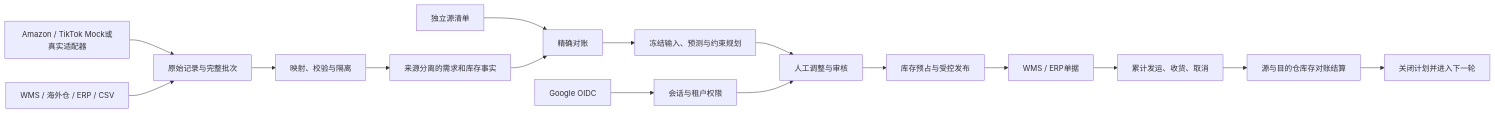
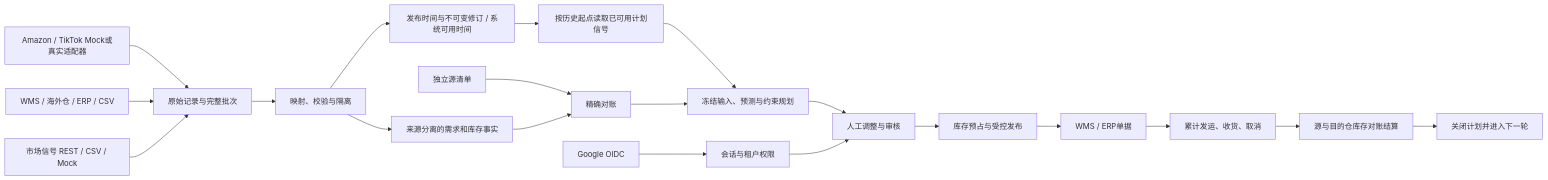
Before and after one commit to kaori-seasons/Aegis-Predict: the diagram in README.md, drawn with Mermaid. The commit also changed other lines of this file and 55 other files, not shown here.

````diff
--- a/README.md
+++ b/README.md
@@ -101,18 +105,22 @@
 ```mermaid
 flowchart LR
     Google[Google OIDC] --> Auth[会话与租户权限]
     Platform[Amazon / TikTok Mock或真实适配器] --> Raw[原始记录与完整批次]
     Systems[WMS / 海外仓 / ERP / CSV] --> Raw
+    Market[市场信号 REST / CSV / Mock] --> Raw
+    Quality --> Revisions[发布时间与不可变修订 / 系统可用时间]
+    Revisions --> AsOf[按历史起点读取已可用计划信号]
+    AsOf --> Plan
     Raw --> Quality[映射、校验与隔离]
     Quality --> Facts[来源分离的需求和库存事实]
     Export[独立源清单] --> Reconcile[精确对账]
     Facts --> Reconcile
     Reconcile --> Plan[冻结输入、预测与约束规划]
     Plan --> Review[人工调整与审核]
     Review --> Reserve[库存预占与受控发布]
     Reserve --> External[WMS / ERP单据]
     External --> Execution[累计发运、收货、取消]
     Execution --> Settlement[源与目的仓库存对账结算]
     Settlement --> Next[关闭计划并进入下一轮]
     Auth --> Review
 ```
````
